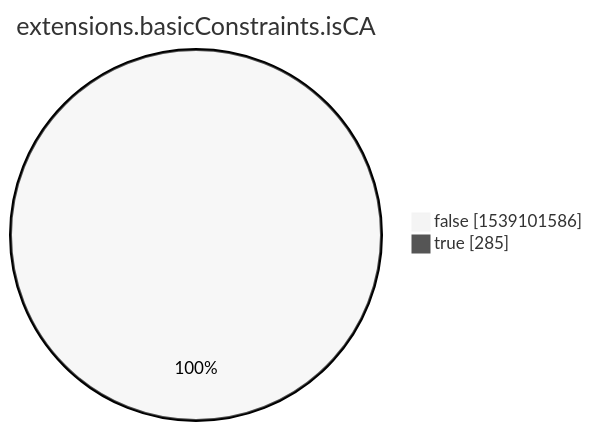
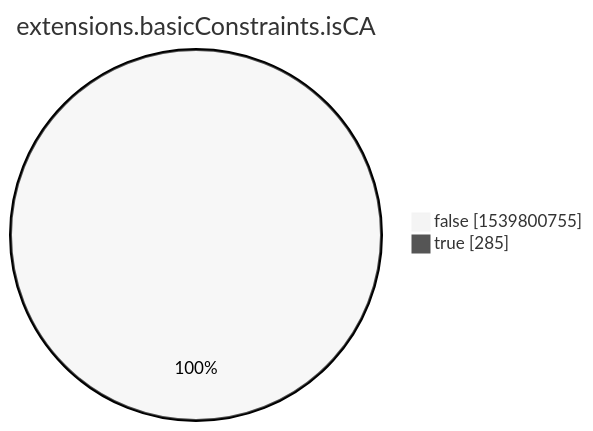
One commit to christiankrug/ctmonitor_visualization changed the eighth of 15 diagrams in xenon2022/README.md. Above: the diagram before and after it, drawn with Mermaid (neutral theme). The commit also changed other lines of this file, not shown here.

````diff
--- a/xenon2022/README.md
+++ b/xenon2022/README.md
@@ -2857,6 +2857,6 @@
 ```mermaid
 pie showData
 title extensions.basicConstraints.isCA
-"false" :1539101586
+"false" :1539800755
 "true" :285
 ```
````
